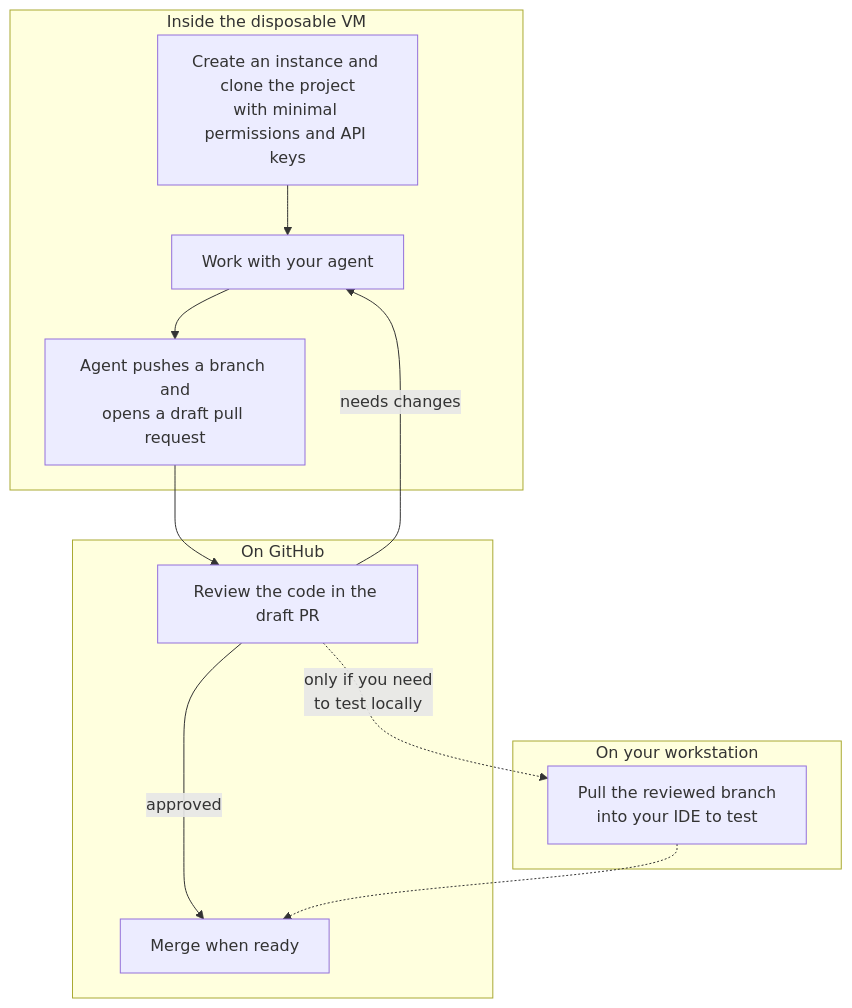
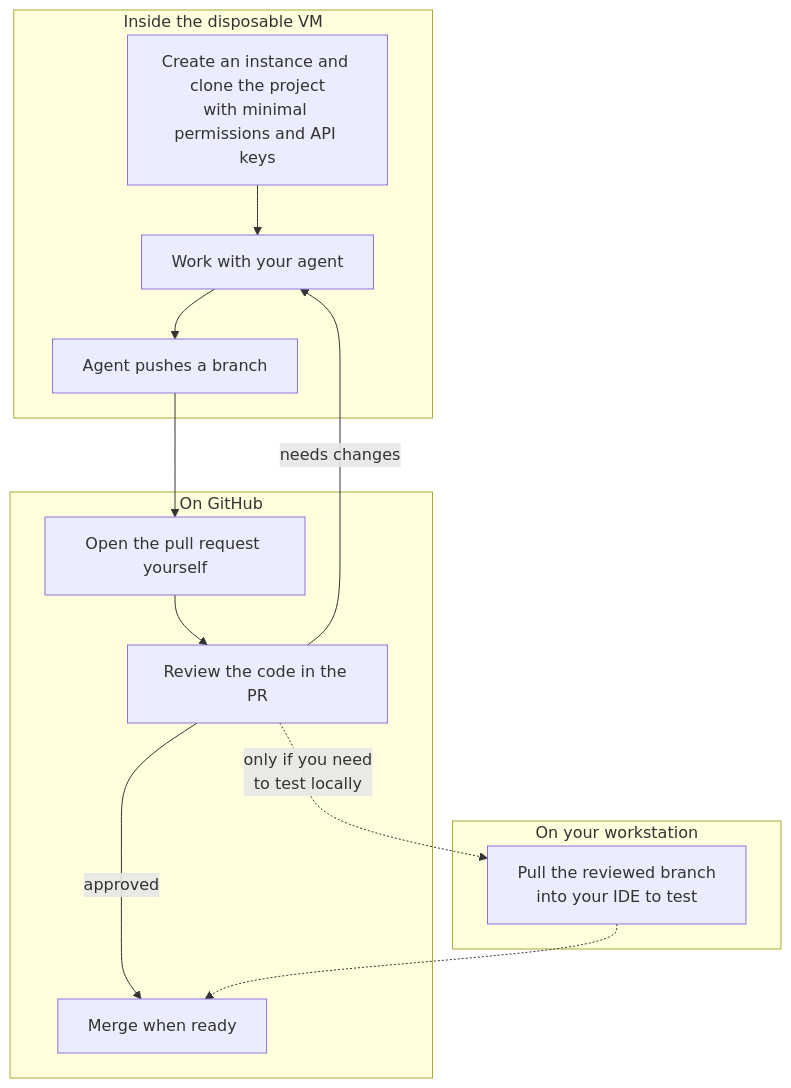
Before and after one commit to Lullabot/sandbar: the first of 2 diagrams in docs/why.md, drawn with Mermaid. The commit also changed other lines of this file, not shown here.

First line of the commit message:
docs(why): add a quadrant chart, recommend opening the PR yourself

````diff
--- a/docs/why.md
+++ b/docs/why.md
@@ -78,22 +78,24 @@
 ```mermaid
 graph TD
     subgraph vm [Inside the disposable VM]
         A[Create an instance and clone the project<br>with minimal permissions and API keys]
         B[Work with your agent]
-        C[Agent pushes a branch and<br>opens a draft pull request]
+        C[Agent pushes a branch]
     end
     subgraph gh [On GitHub]
-        D[Review the code in the draft PR]
+        P[Open the pull request yourself]
+        D[Review the code in the PR]
         F[Merge when ready]
     end
     subgraph ws [On your workstation]
         E[Pull the reviewed branch<br>into your IDE to test]
     end
     A --> B
     B --> C
-    C --> D
+    C --> P
+    P --> D
     D -- needs changes --> B
     D -- approved --> F
     D -. only if you need<br>to test locally .-> E
     E -.-> F
 ```
````
